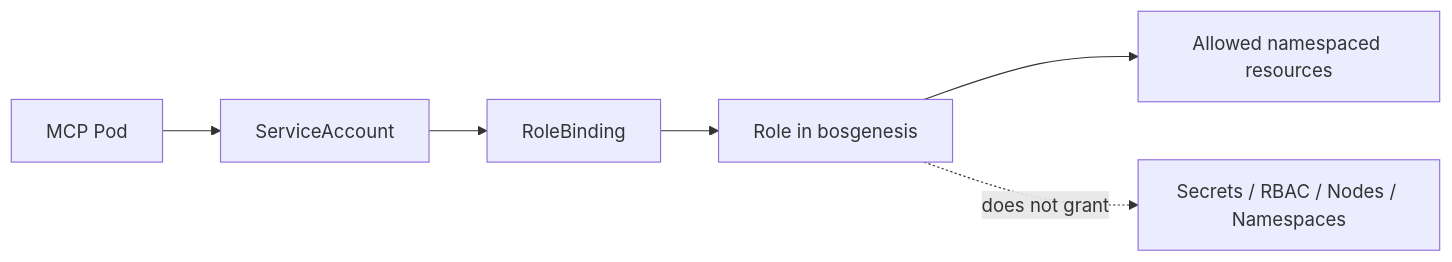
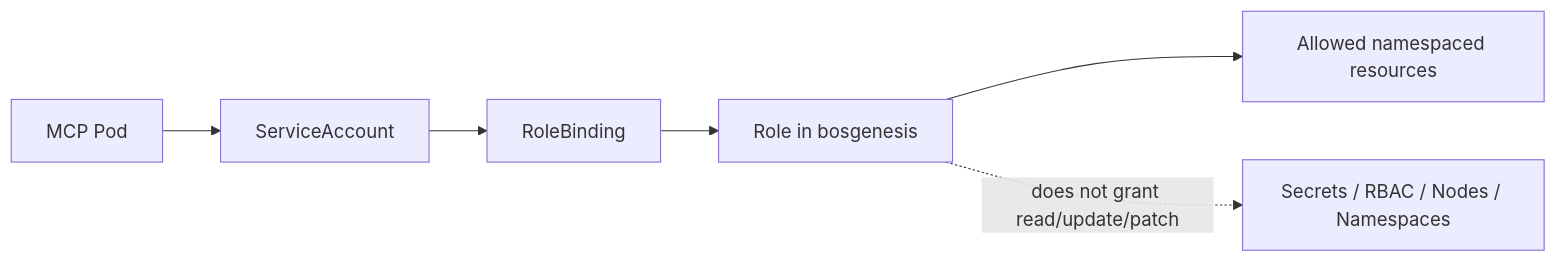
One commit to aveeshek/bosgenesis-k8s-inspector-mcp changed the third of 3 diagrams in docs/DESIGN_SPEC.md. Above: the diagram before and after it, drawn with Mermaid. The commit also changed other lines of this file and 15 other files, not shown here.

````diff
--- a/docs/DESIGN_SPEC.md
+++ b/docs/DESIGN_SPEC.md
@@ -213,8 +249,8 @@
 ```mermaid
 flowchart LR
     Pod["MCP Pod"] --> SA["ServiceAccount"]
     SA --> RB["RoleBinding"]
     RB --> Role["Role in bosgenesis"]
     Role --> Allowed["Allowed namespaced resources"]
-    Role -. "does not grant" .-> Blocked["Secrets / RBAC / Nodes / Namespaces"]
+    Role -. "does not grant read/update/patch" .-> Blocked["Secrets / RBAC / Nodes / Namespaces"]
 ```
````
